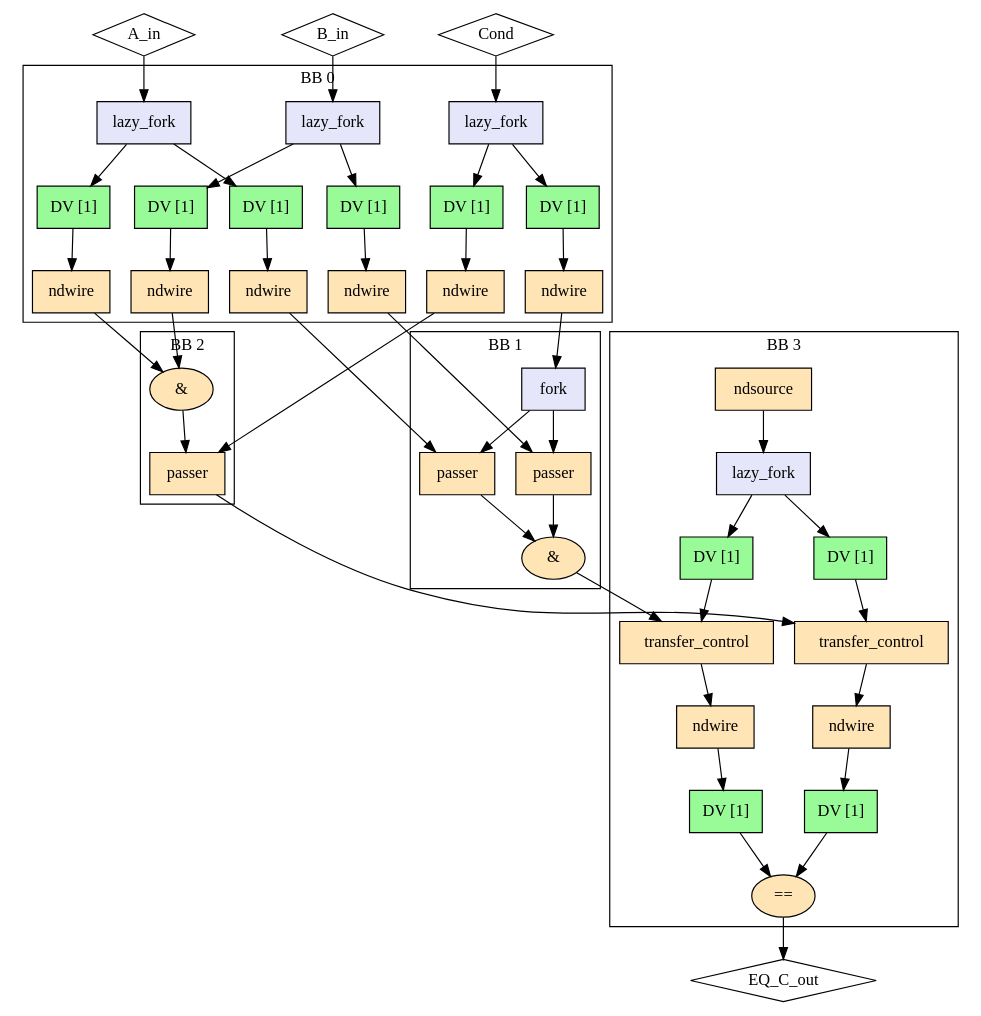
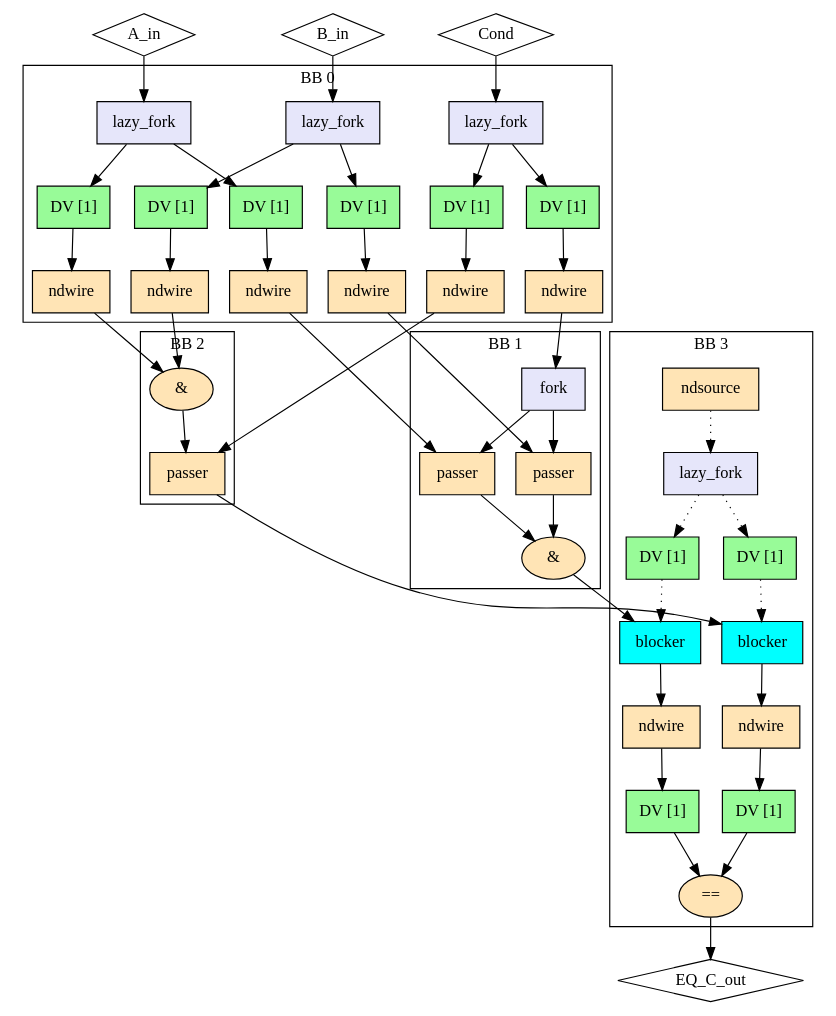
The diagram in experimental/tools/elastic-miter/out/sup_and/miter/model.dot (EPFL-LAP/dynamatic), drawn with Graphviz before and after one commit. The commit also changed 159 other files, not shown here.

```diff
--- a/experimental/tools/elastic-miter/out/sup_and/miter/model.dot
+++ b/experimental/tools/elastic-miter/out/sup_and/miter/model.dot
@@ -1,92 +1,92 @@
 Digraph G {
   splines=spline
   compound=true
   "A_in" ["style"="solid", "shape"="diamond", "label"="A_in", "mlir_op"="handshake.func"]
   "B_in" ["style"="solid", "shape"="diamond", "label"="B_in", "mlir_op"="handshake.func"]
   "Cond" ["style"="solid", "shape"="diamond", "label"="Cond", "mlir_op"="handshake.func"]
   "EQ_C_out" ["style"="solid", "shape"="diamond", "label"="EQ_C_out", "mlir_op"="handshake.func"]
   "A_in" -> "in_fork_A_in" ["dir"="both", "style"="solid", "arrowhead"="normal", "from_idx"="0", "to"="ins", "arrowtail"="none", "from"="A_in", "to_idx"="0"]
   "B_in" -> "in_fork_B_in" ["dir"="both", "style"="solid", "arrowhead"="normal", "from_idx"="1", "to"="ins", "arrowtail"="none", "from"="B_in", "to_idx"="0"]
   "Cond" -> "in_fork_Cond" ["dir"="both", "style"="solid", "arrowhead"="normal", "from_idx"="2", "to"="ins", "arrowtail"="none", "from"="Cond", "to_idx"="0"]
   "lhs_in_ndw_A_in" -> "lhs_passer1" ["dir"="both", "style"="solid", "arrowhead"="normal", "from_idx"="0", "to"="data", "arrowtail"="none", "from"="outs", "to_idx"="0"]
   "rhs_in_ndw_A_in" -> "rhs_andi" ["dir"="both", "style"="solid", "arrowhead"="normal", "from_idx"="0", "to"="lhs", "arrowtail"="none", "from"="outs", "to_idx"="0"]
   "lhs_in_ndw_B_in" -> "lhs_passer2" ["dir"="both", "style"="solid", "arrowhead"="normal", "from_idx"="0", "to"="data", "arrowtail"="none", "from"="outs", "to_idx"="0"]
   "rhs_in_ndw_B_in" -> "rhs_andi" ["dir"="both", "style"="solid", "arrowhead"="normal", "from_idx"="0", "to"="rhs", "arrowtail"="none", "from"="outs", "to_idx"="1"]
   "lhs_in_ndw_Cond" -> "lhs_fork_cond" ["dir"="both", "style"="solid", "arrowhead"="normal", "from_idx"="0", "to"="ins", "arrowtail"="none", "from"="outs", "to_idx"="0"]
   "rhs_in_ndw_Cond" -> "rhs_passer1" ["dir"="both", "style"="solid", "arrowhead"="normal", "from_idx"="0", "to"="ctrl", "arrowtail"="none", "from"="outs", "to_idx"="1"]
-  "lhs_andi" -> "out_lhs_tc_C_out" ["dir"="both", "style"="solid", "arrowhead"="normal", "from_idx"="0", "to"="ins", "arrowtail"="none", "from"="result", "to_idx"="0"]
-  "rhs_passer1" -> "out_rhs_tc_C_out" ["dir"="both", "style"="solid", "arrowhead"="normal", "from_idx"="0", "to"="ins", "arrowtail"="none", "from"="result", "to_idx"="0"]
+  "lhs_andi" -> "out_lhs_bl_C_out" ["dir"="both", "style"="solid", "arrowhead"="normal", "from_idx"="0", "to"="ins", "arrowtail"="none", "from"="result", "to_idx"="0"]
+  "rhs_passer1" -> "out_rhs_bl_C_out" ["dir"="both", "style"="solid", "arrowhead"="normal", "from_idx"="0", "to"="ins", "arrowtail"="none", "from"="result", "to_idx"="0"]
   "out_eq_C_out" -> "EQ_C_out" ["dir"="both", "style"="solid", "arrowhead"="normal", "from_idx"="0", "to"="EQ_C_out", "arrowtail"="none", "from"="result", "to_idx"="0"]
   subgraph cluster0 {
     graph ["label"="BB 0"]
     "in_fork_A_in" ["style"="filled", "fillcolor"="lavender", "shape"="box", "label"="lazy_fork", "mlir_op"="handshake.lazy_fork"]
     "lhs_in_buf_A_in" ["style"="filled", "fillcolor"="palegreen", "shape"="box", "label"="DV [1]", "mlir_op"="handshake.buffer"]
     "rhs_in_buf_A_in" ["style"="filled", "fillcolor"="palegreen", "shape"="box", "label"="DV [1]", "mlir_op"="handshake.buffer"]
     "lhs_in_ndw_A_in" ["style"="filled", "fillcolor"="moccasin", "shape"="box", "label"="ndwire", "mlir_op"="handshake.ndwire"]
     "rhs_in_ndw_A_in" ["style"="filled", "fillcolor"="moccasin", "shape"="box", "label"="ndwire", "mlir_op"="handshake.ndwire"]
     "in_fork_B_in" ["style"="filled", "fillcolor"="lavender", "shape"="box", "label"="lazy_fork", "mlir_op"="handshake.lazy_fork"]
     "lhs_in_buf_B_in" ["style"="filled", "fillcolor"="palegreen", "shape"="box", "label"="DV [1]", "mlir_op"="handshake.buffer"]
     "rhs_in_buf_B_in" ["style"="filled", "fillcolor"="palegreen", "shape"="box", "label"="DV [1]", "mlir_op"="handshake.buffer"]
     "lhs_in_ndw_B_in" ["style"="filled", "fillcolor"="moccasin", "shape"="box", "label"="ndwire", "mlir_op"="handshake.ndwire"]
     "rhs_in_ndw_B_in" ["style"="filled", "fillcolor"="moccasin", "shape"="box", "label"="ndwire", "mlir_op"="handshake.ndwire"]
     "in_fork_Cond" ["style"="filled", "fillcolor"="lavender", "shape"="box", "label"="lazy_fork", "mlir_op"="handshake.lazy_fork"]
     "lhs_in_buf_Cond" ["style"="filled", "fillcolor"="palegreen", "shape"="box", "label"="DV [1]", "mlir_op"="handshake.buffer"]
     "rhs_in_buf_Cond" ["style"="filled", "fillcolor"="palegreen", "shape"="box", "label"="DV [1]", "mlir_op"="handshake.buffer"]
     "lhs_in_ndw_Cond" ["style"="filled", "fillcolor"="moccasin", "shape"="box", "label"="ndwire", "mlir_op"="handshake.ndwire"]
     "rhs_in_ndw_Cond" ["style"="filled", "fillcolor"="moccasin", "shape"="box", "label"="ndwire", "mlir_op"="handshake.ndwire"]
     "in_fork_A_in" -> "lhs_in_buf_A_in" ["dir"="both", "style"="solid", "arrowhead"="normal", "from_idx"="0", "to"="ins", "arrowtail"="none", "from"="outs_0", "to_idx"="0"]
     "in_fork_A_in" -> "rhs_in_buf_A_in" ["dir"="both", "style"="solid", "arrowhead"="normal", "from_idx"="1", "to"="ins", "arrowtail"="none", "from"="outs_1", "to_idx"="0"]
     "lhs_in_buf_A_in" -> "lhs_in_ndw_A_in" ["dir"="both", "style"="solid", "arrowhead"="normal", "from_idx"="0", "to"="ins", "arrowtail"="none", "from"="outs", "to_idx"="0"]
     "rhs_in_buf_A_in" -> "rhs_in_ndw_A_in" ["dir"="both", "style"="solid", "arrowhead"="normal", "from_idx"="0", "to"="ins", "arrowtail"="none", "from"="outs", "to_idx"="0"]
     "in_fork_B_in" -> "lhs_in_buf_B_in" ["dir"="both", "style"="solid", "arrowhead"="normal", "from_idx"="0", "to"="ins", "arrowtail"="none", "from"="outs_0", "to_idx"="0"]
     "in_fork_B_in" -> "rhs_in_buf_B_in" ["dir"="both", "style"="solid", "arrowhead"="normal", "from_idx"="1", "to"="ins", "arrowtail"="none", "from"="outs_1", "to_idx"="0"]
     "lhs_in_buf_B_in" -> "lhs_in_ndw_B_in" ["dir"="both", "style"="solid", "arrowhead"="normal", "from_idx"="0", "to"="ins", "arrowtail"="none", "from"="outs", "to_idx"="0"]
     "rhs_in_buf_B_in" -> "rhs_in_ndw_B_in" ["dir"="both", "style"="solid", "arrowhead"="normal", "from_idx"="0", "to"="ins", "arrowtail"="none", "from"="outs", "to_idx"="0"]
     "in_fork_Cond" -> "lhs_in_buf_Cond" ["dir"="both", "style"="solid", "arrowhead"="normal", "from_idx"="0", "to"="ins", "arrowtail"="none", "from"="outs_0", "to_idx"="0"]
     "in_fork_Cond" -> "rhs_in_buf_Cond" ["dir"="both", "style"="solid", "arrowhead"="normal", "from_idx"="1", "to"="ins", "arrowtail"="none", "from"="outs_1", "to_idx"="0"]
     "lhs_in_buf_Cond" -> "lhs_in_ndw_Cond" ["dir"="both", "style"="solid", "arrowhead"="normal", "from_idx"="0", "to"="ins", "arrowtail"="none", "from"="outs", "to_idx"="0"]
     "rhs_in_buf_Cond" -> "rhs_in_ndw_Cond" ["dir"="both", "style"="solid", "arrowhead"="normal", "from_idx"="0", "to"="ins", "arrowtail"="none", "from"="outs", "to_idx"="0"]
   }
   subgraph cluster1 {
     graph ["label"="BB 1"]
     "lhs_fork_cond" ["style"="filled", "fillcolor"="lavender", "shape"="box", "label"="fork", "mlir_op"="handshake.fork"]
     "lhs_passer1" ["style"="filled", "fillcolor"="moccasin", "shape"="box", "label"="passer", "mlir_op"="handshake.passer"]
     "lhs_passer2" ["style"="filled", "fillcolor"="moccasin", "shape"="box", "label"="passer", "mlir_op"="handshake.passer"]
     "lhs_andi" ["style"="filled", "fillcolor"="moccasin", "shape"="oval", "label"="&", "mlir_op"="handshake.andi"]
     "lhs_fork_cond" -> "lhs_passer1" ["dir"="both", "style"="solid", "arrowhead"="normal", "from_idx"="0", "to"="ctrl", "arrowtail"="none", "from"="outs_0", "to_idx"="1"]
     "lhs_fork_cond" -> "lhs_passer2" ["dir"="both", "style"="solid", "arrowhead"="normal", "from_idx"="1", "to"="ctrl", "arrowtail"="none", "from"="outs_1", "to_idx"="1"]
     "lhs_passer1" -> "lhs_andi" ["dir"="both", "style"="solid", "arrowhead"="normal", "from_idx"="0", "to"="lhs", "arrowtail"="none", "from"="result", "to_idx"="0"]
     "lhs_passer2" -> "lhs_andi" ["dir"="both", "style"="solid", "arrowhead"="normal", "from_idx"="0", "to"="rhs", "arrowtail"="none", "from"="result", "to_idx"="1"]
   }
   subgraph cluster2 {
     graph ["label"="BB 2"]
     "rhs_andi" ["style"="filled", "fillcolor"="moccasin", "shape"="oval", "label"="&", "mlir_op"="handshake.andi"]
     "rhs_passer1" ["style"="filled", "fillcolor"="moccasin", "shape"="box", "label"="passer", "mlir_op"="handshake.passer"]
     "rhs_andi" -> "rhs_passer1" ["dir"="both", "style"="solid", "arrowhead"="normal", "from_idx"="0", "to"="data", "arrowtail"="none", "from"="result", "to_idx"="0"]
   }
   subgraph cluster3 {
     graph ["label"="BB 3"]
     "out_nds_C_out" ["style"="filled", "fillcolor"="moccasin", "shape"="box", "label"="ndsource", "mlir_op"="handshake.ndsource"]
     "out_lf_C_out" ["style"="filled", "fillcolor"="lavender", "shape"="box", "label"="lazy_fork", "mlir_op"="handshake.lazy_fork"]
     "out_buf_lhs_nds_C_out" ["style"="filled", "fillcolor"="palegreen", "shape"="box", "label"="DV [1]", "mlir_op"="handshake.buffer"]
     "out_buf_rhs_nds_C_out" ["style"="filled", "fillcolor"="palegreen", "shape"="box", "label"="DV [1]", "mlir_op"="handshake.buffer"]
-    "out_lhs_tc_C_out" ["style"="filled", "fillcolor"="moccasin", "shape"="box", "label"="transfer_control", "mlir_op"="handshake.transfer_control"]
-    "out_rhs_tc_C_out" ["style"="filled", "fillcolor"="moccasin", "shape"="box", "label"="transfer_control", "mlir_op"="handshake.transfer_control"]
+    "out_lhs_bl_C_out" ["style"="filled", "fillcolor"="cyan", "shape"="box", "label"="blocker", "mlir_op"="handshake.blocker"]
+    "out_rhs_bl_C_out" ["style"="filled", "fillcolor"="cyan", "shape"="box", "label"="blocker", "mlir_op"="handshake.blocker"]
     "lhs_out_ndw_C_out" ["style"="filled", "fillcolor"="moccasin", "shape"="box", "label"="ndwire", "mlir_op"="handshake.ndwire"]
     "rhs_out_ndw_C_out" ["style"="filled", "fillcolor"="moccasin", "shape"="box", "label"="ndwire", "mlir_op"="handshake.ndwire"]
     "lhs_out_buf_C_out" ["style"="filled", "fillcolor"="palegreen", "shape"="box", "label"="DV [1]", "mlir_op"="handshake.buffer"]
     "rhs_out_buf_C_out" ["style"="filled", "fillcolor"="palegreen", "shape"="box", "label"="DV [1]", "mlir_op"="handshake.buffer"]
     "out_eq_C_out" ["style"="filled", "fillcolor"="moccasin", "shape"="oval", "label"="==", "mlir_op"="handshake.cmpi=="]
-    "out_nds_C_out" -> "out_lf_C_out" ["dir"="both", "style"="solid", "arrowhead"="normal", "from_idx"="0", "to"="ins", "arrowtail"="none", "from"="result", "to_idx"="0"]
-    "out_lf_C_out" -> "out_buf_lhs_nds_C_out" ["dir"="both", "style"="solid", "arrowhead"="normal", "from_idx"="0", "to"="ins", "arrowtail"="none", "from"="outs_0", "to_idx"="0"]
-    "out_lf_C_out" -> "out_buf_rhs_nds_C_out" ["dir"="both", "style"="solid", "arrowhead"="normal", "from_idx"="1", "to"="ins", "arrowtail"="none", "from"="outs_1", "to_idx"="0"]
-    "out_buf_lhs_nds_C_out" -> "out_lhs_tc_C_out" ["dir"="both", "style"="solid", "arrowhead"="normal", "from_idx"="0", "to"="ctrl", "arrowtail"="none", "from"="outs", "to_idx"="1"]
-    "out_buf_rhs_nds_C_out" -> "out_rhs_tc_C_out" ["dir"="both", "style"="solid", "arrowhead"="normal", "from_idx"="0", "to"="ctrl", "arrowtail"="none", "from"="outs", "to_idx"="1"]
-    "out_lhs_tc_C_out" -> "lhs_out_ndw_C_out" ["dir"="both", "style"="solid", "arrowhead"="normal", "from_idx"="0", "to"="ins", "arrowtail"="none", "from"="outs", "to_idx"="0"]
-    "out_rhs_tc_C_out" -> "rhs_out_ndw_C_out" ["dir"="both", "style"="solid", "arrowhead"="normal", "from_idx"="0", "to"="ins", "arrowtail"="none", "from"="outs", "to_idx"="0"]
+    "out_nds_C_out" -> "out_lf_C_out" ["dir"="both", "style"="dotted", "arrowhead"="normal", "from_idx"="0", "to"="ins", "arrowtail"="none", "from"="result", "to_idx"="0"]
+    "out_lf_C_out" -> "out_buf_lhs_nds_C_out" ["dir"="both", "style"="dotted", "arrowhead"="normal", "from_idx"="0", "to"="ins", "arrowtail"="none", "from"="outs_0", "to_idx"="0"]
+    "out_lf_C_out" -> "out_buf_rhs_nds_C_out" ["dir"="both", "style"="dotted", "arrowhead"="normal", "from_idx"="1", "to"="ins", "arrowtail"="none", "from"="outs_1", "to_idx"="0"]
+    "out_buf_lhs_nds_C_out" -> "out_lhs_bl_C_out" ["dir"="both", "style"="dotted", "arrowhead"="normal", "from_idx"="0", "to"="ctrl", "arrowtail"="none", "from"="outs", "to_idx"="1"]
+    "out_buf_rhs_nds_C_out" -> "out_rhs_bl_C_out" ["dir"="both", "style"="dotted", "arrowhead"="normal", "from_idx"="0", "to"="ctrl", "arrowtail"="none", "from"="outs", "to_idx"="1"]
+    "out_lhs_bl_C_out" -> "lhs_out_ndw_C_out" ["dir"="both", "style"="solid", "arrowhead"="normal", "from_idx"="0", "to"="ins", "arrowtail"="none", "from"="outs", "to_idx"="0"]
+    "out_rhs_bl_C_out" -> "rhs_out_ndw_C_out" ["dir"="both", "style"="solid", "arrowhead"="normal", "from_idx"="0", "to"="ins", "arrowtail"="none", "from"="outs", "to_idx"="0"]
     "lhs_out_ndw_C_out" -> "lhs_out_buf_C_out" ["dir"="both", "style"="solid", "arrowhead"="normal", "from_idx"="0", "to"="ins", "arrowtail"="none", "from"="outs", "to_idx"="0"]
     "rhs_out_ndw_C_out" -> "rhs_out_buf_C_out" ["dir"="both", "style"="solid", "arrowhead"="normal", "from_idx"="0", "to"="ins", "arrowtail"="none", "from"="outs", "to_idx"="0"]
     "lhs_out_buf_C_out" -> "out_eq_C_out" ["dir"="both", "style"="solid", "arrowhead"="normal", "from_idx"="0", "to"="lhs", "arrowtail"="none", "from"="outs", "to_idx"="0"]
     "rhs_out_buf_C_out" -> "out_eq_C_out" ["dir"="both", "style"="solid", "arrowhead"="normal", "from_idx"="0", "to"="rhs", "arrowtail"="none", "from"="outs", "to_idx"="1"]
   }
 }
```
